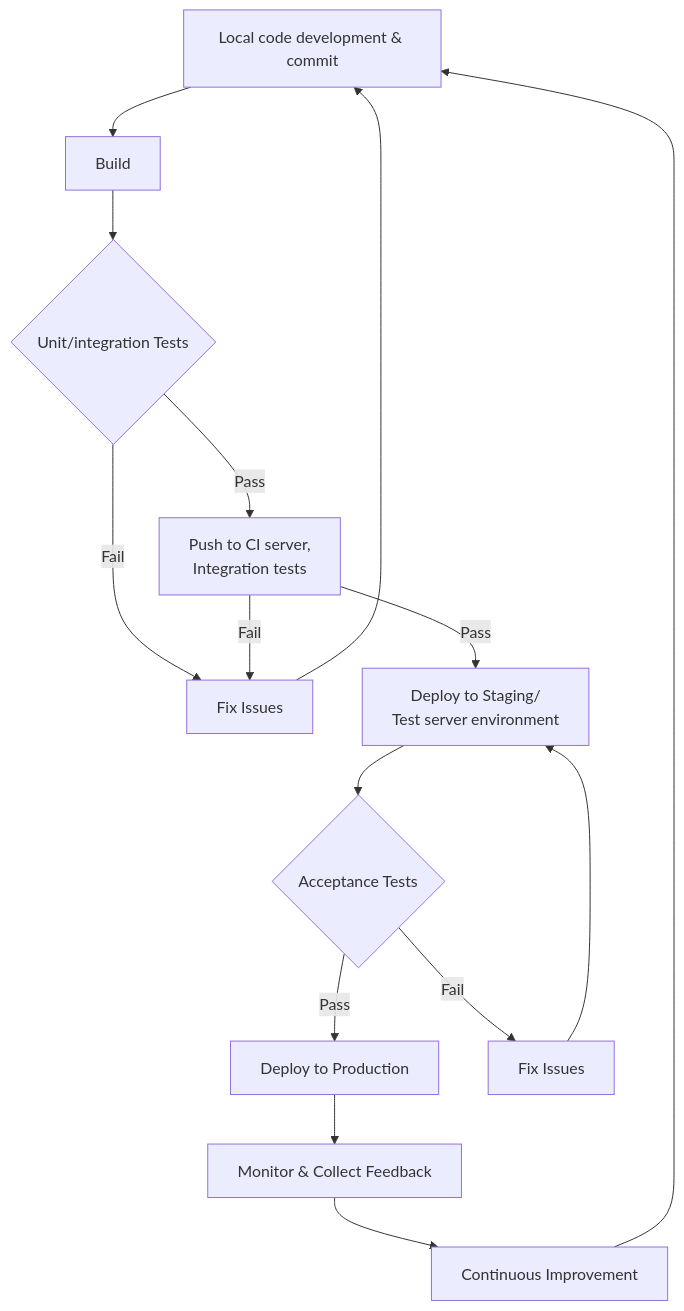
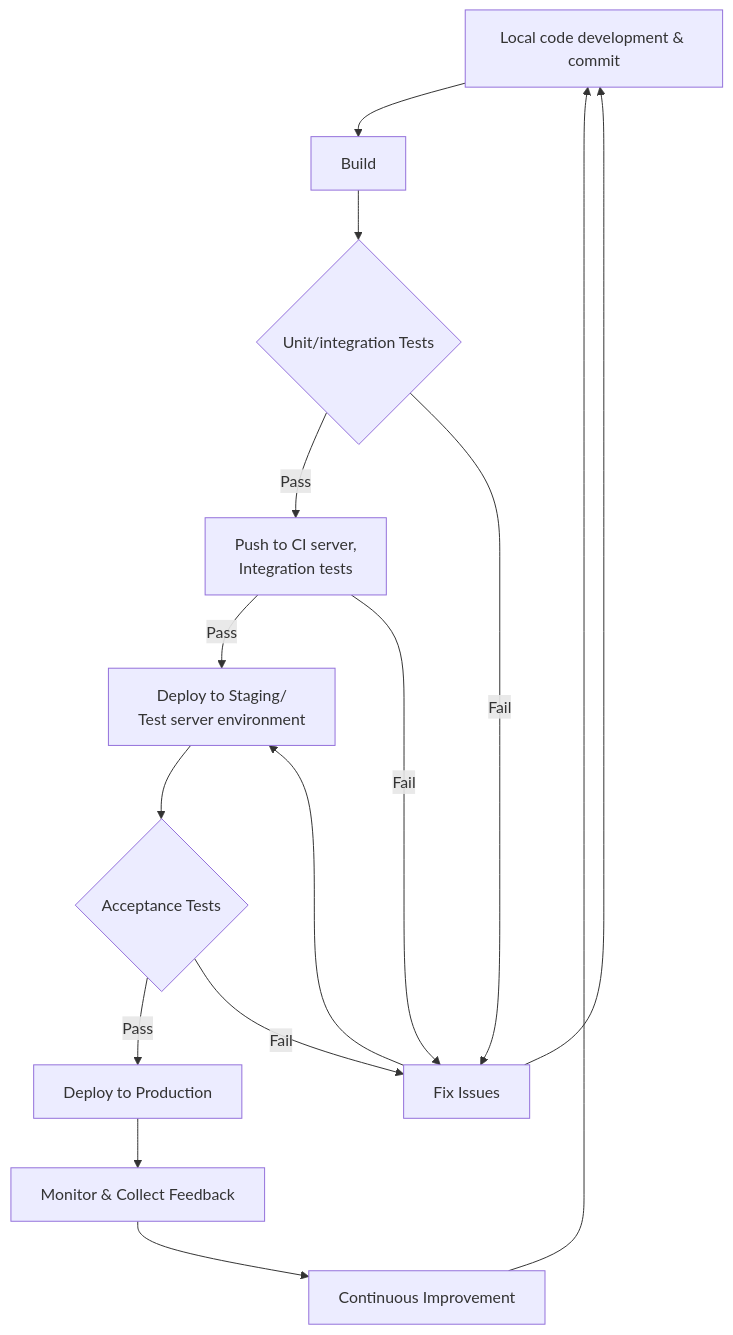
Before and after one commit to mattpe/node-ci-intro: the diagram in lecture/readme.md, drawn with Mermaid.

Commit message:
Update failure flow in deployment process diagram

````diff
--- a/lecture/readme.md
+++ b/lecture/readme.md
@@ -67,17 +67,17 @@
 ```mermaid
 graph TD
     A[Local code development & commit] --> B[Build]
     B --> C{Unit/integration Tests}
     C -->|Pass| D[Push to CI server,\n Integration tests]
     C -->|Fail| E[Fix Issues]
     E --> A
     D -->|Pass| F[Deploy to Staging/\n Test server environment]
     D -->|Fail| E
     F --> G{Acceptance Tests}
     G -->|Pass| H[Deploy to Production]
-    G -->|Fail| I[Fix Issues]
-    I --> F
+    G -->|Fail| E
+    E --> F
     H --> J[Monitor & Collect Feedback]
     J --> K[Continuous Improvement]
     K --> A
 ```
````
